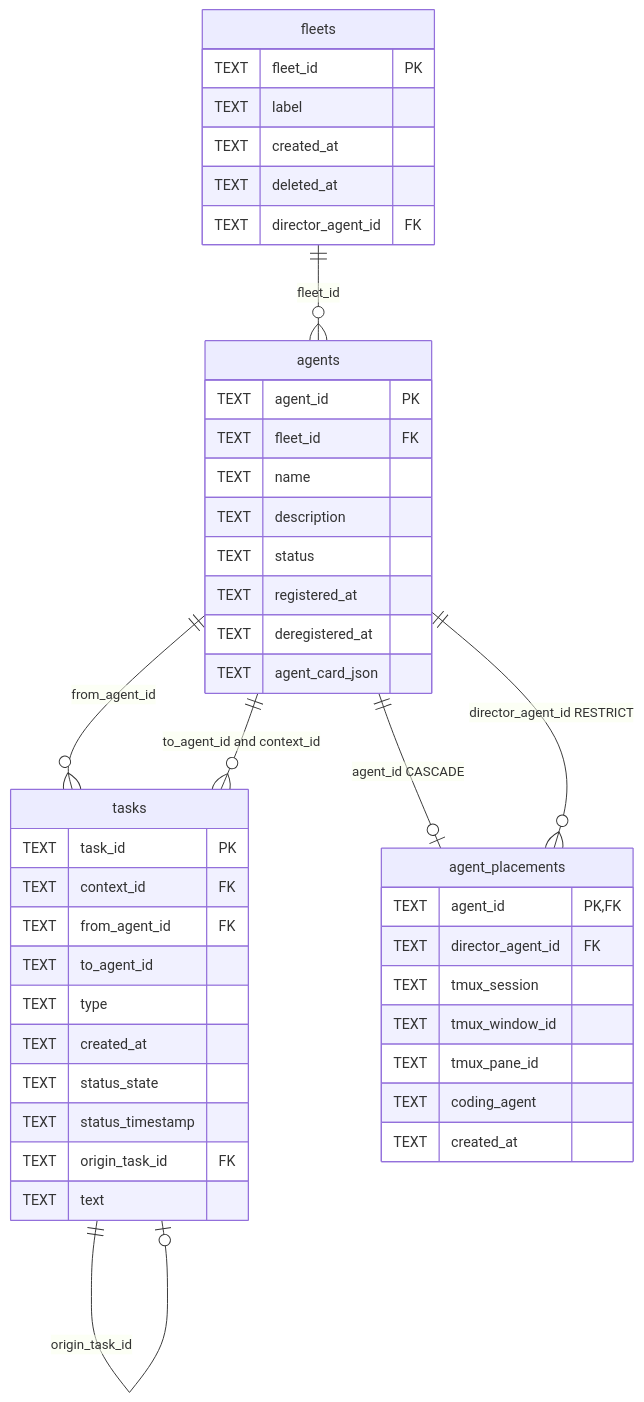
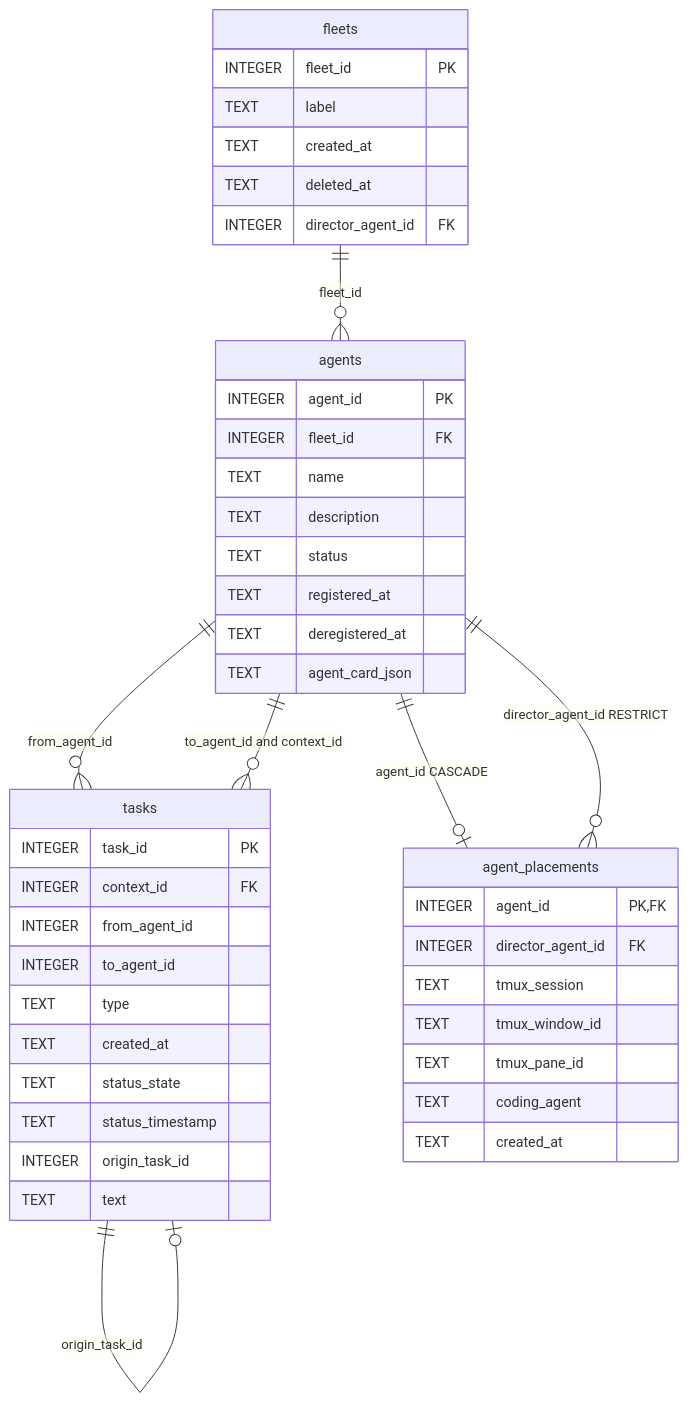
One commit to himkt/cafleet changed the diagram in docs/concepts/storage.md. Above: the diagram before and after it, drawn with Mermaid. The commit also changed other lines of this file and 20 other files, not shown here.

Commit message:
docs: update docs/README/skills for integer-PK rearchitecture (0000075)

````diff
--- a/docs/concepts/storage.md
+++ b/docs/concepts/storage.md
@@ -31,48 +31,48 @@
 ```mermaid
 %%{init: {'theme': 'default', 'themeVariables': {'fontSize': '15px'}}}%%
 erDiagram
     fleets {
-        TEXT fleet_id PK
+        INTEGER fleet_id PK
         TEXT label
         TEXT created_at
         TEXT deleted_at
-        TEXT director_agent_id FK
+        INTEGER director_agent_id FK
     }
     agents {
-        TEXT agent_id PK
-        TEXT fleet_id FK
+        INTEGER agent_id PK
+        INTEGER fleet_id FK
         TEXT name
         TEXT description
         TEXT status
         TEXT registered_at
         TEXT deregistered_at
         TEXT agent_card_json
     }
     tasks {
-        TEXT task_id PK
-        TEXT context_id FK
-        TEXT from_agent_id FK
-        TEXT to_agent_id
+        INTEGER task_id PK
+        INTEGER context_id FK
+        INTEGER from_agent_id
+        INTEGER to_agent_id
         TEXT type
         TEXT created_at
         TEXT status_state
         TEXT status_timestamp
-        TEXT origin_task_id FK
+        INTEGER origin_task_id
         TEXT text
     }
     agent_placements {
-        TEXT agent_id PK,FK
-        TEXT director_agent_id FK
+        INTEGER agent_id PK,FK
+        INTEGER director_agent_id FK
         TEXT tmux_session
         TEXT tmux_window_id
         TEXT tmux_pane_id
         TEXT coding_agent
         TEXT created_at
     }
     fleets ||--o{ agents : "fleet_id"
     agents ||--o| agent_placements : "agent_id CASCADE"
     agents ||--o{ tasks : "from_agent_id"
     agents ||--o{ tasks : "to_agent_id and context_id"
     agents ||--o{ agent_placements : "director_agent_id RESTRICT"
     tasks ||--o| tasks : "origin_task_id"
 ```
````
